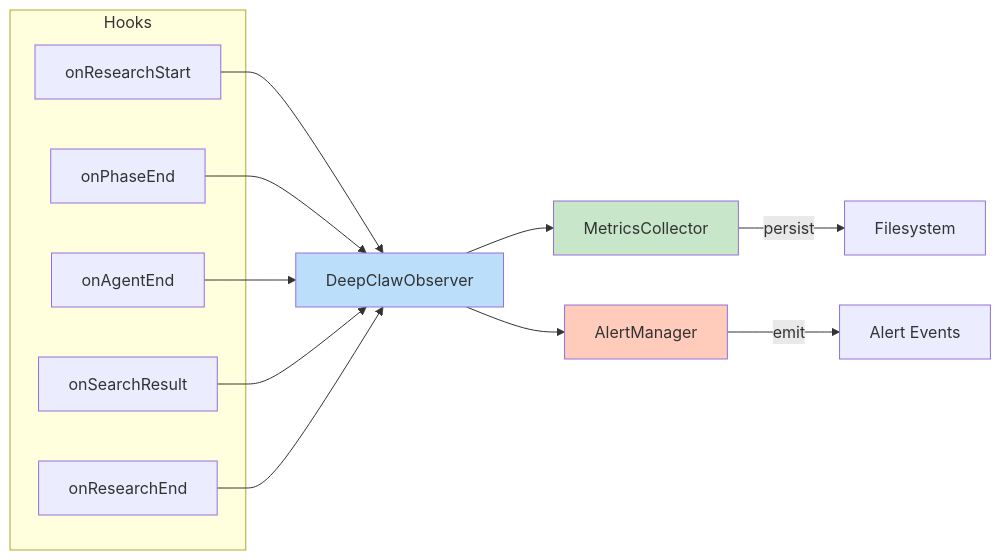
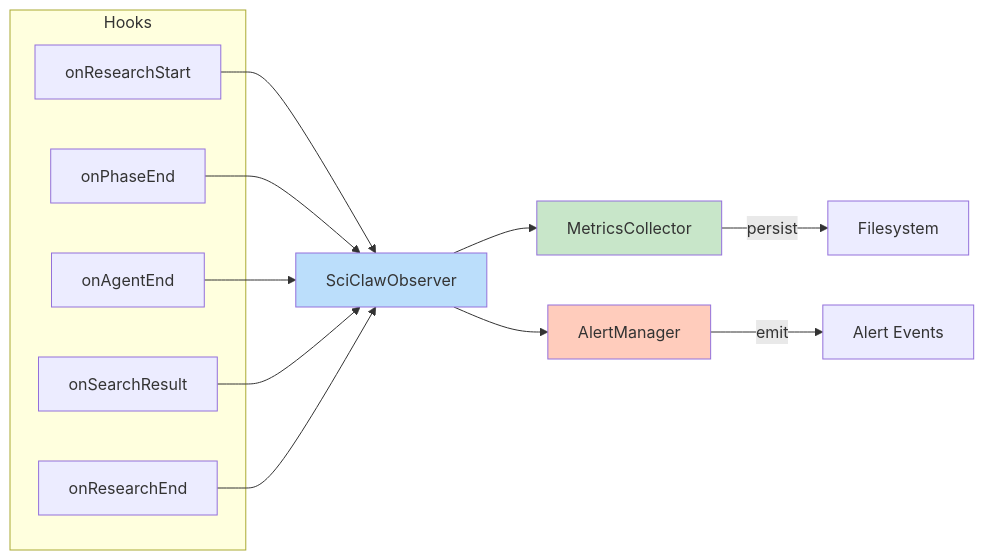
The third of 7 diagrams in docs/architecture/diagrams.md (opensourceclaw/sciclaw), drawn with Mermaid before and after one commit. The commit also changed other lines of this file and 164 other files, not shown here.

````diff
--- a/docs/architecture/diagrams.md
+++ b/docs/architecture/diagrams.md
@@ -65,26 +65,26 @@
 ```mermaid
 graph LR
     subgraph "Hooks"
         H1[onResearchStart]
         H2[onPhaseEnd]
         H3[onAgentEnd]
         H4[onSearchResult]
         H5[onResearchEnd]
     end
     
-    H1 --> O[DeepClawObserver]
+    H1 --> O[SciClawObserver]
     H2 --> O
     H3 --> O
     H4 --> O
     H5 --> O
     
     O --> MC[MetricsCollector]
     O --> AM[AlertManager]
     
     MC --> |persist| FS[Filesystem]
     AM --> |emit| ALERTS[Alert Events]
     
     style O fill:#bbdefb
     style MC fill:#c8e6c9
     style AM fill:#ffccbc
 ```
````
